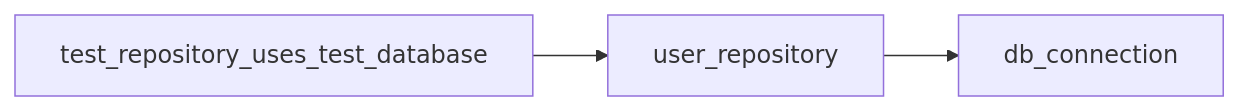
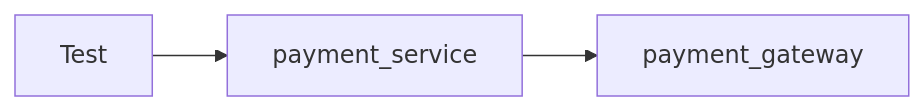
The fourth of 7 diagrams in src/content/testing/pytest-fixtures-parametrize-mock.md (AvadhBhalodiya/Interview-Preparation), drawn with Mermaid before and after one commit. The commit also changed other lines of this file and 54 other files, not shown here.

````diff
--- a/src/content/testing/pytest-fixtures-parametrize-mock.md
+++ b/src/content/testing/pytest-fixtures-parametrize-mock.md
@@ -311,5 +160,5 @@
 ```mermaid
 flowchart LR
-    A[test_repository_uses_test_database] --> B[user_repository]
-    B --> C[db_connection]
+    A[Test] --> B[payment_service]
+    B --> C[payment_gateway]
 ```
````
